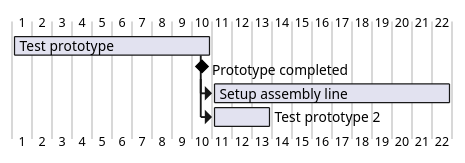
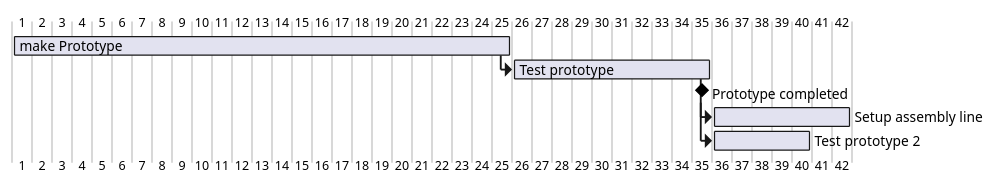
The second of 2 diagrams in asciidocs/docs/sysspec.adoc (2425-3ahif-syp/01-lab-projektantrag-shotgun007), drawn with PlantUML before and after one commit. The commit also changed other lines of this file and 1 other file, not shown here.

```diff
--- a/asciidocs/docs/sysspec.adoc
+++ b/asciidocs/docs/sysspec.adoc
@@ -67,11 +116,13 @@
 [plantuml,gantt-protoype,png]
 ----
 @startgantt
+[make Prototype] lasts 25 days
 [Test prototype] lasts 10 days
+[Test prototype] starts at [make Prototype]'s end
 [Prototype completed] happens at [Test prototype]'s end
-[Setup assembly line] lasts 12 days
+[Setup assembly line] lasts 7 days
 [Setup assembly line] starts at [Test prototype]'s end
-[Test prototype 2] lasts 3 days
+[Test prototype 2] lasts 5 days
 [Test prototype 2] starts at [Prototype completed]'s end
 @endgantt
 ----
```
